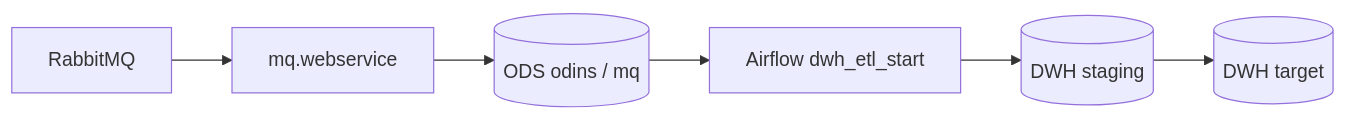
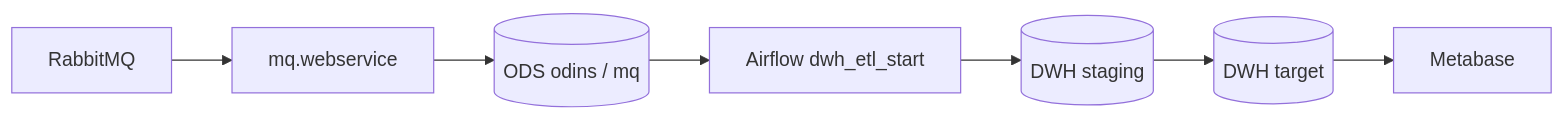
The diagram in README.md (Raul-dev/NevaDWH), drawn with Mermaid before and after one commit. The commit also changed other lines of this file, not shown here.

````diff
--- a/README.md
+++ b/README.md
@@ -38,12 +39,14 @@
 ```mermaid
 flowchart LR
   RMQ[RabbitMQ]
   MQ[mq.webservice]
   ODS[(ODS odins / mq)]
   AF[Airflow dwh_etl_start]
   STG[(DWH staging)]
   TGT[(DWH target)]
+  MB[Metabase]
 
   RMQ --> MQ --> ODS
   ODS --> AF --> STG --> TGT
+  TGT --> MB
 ```
````
